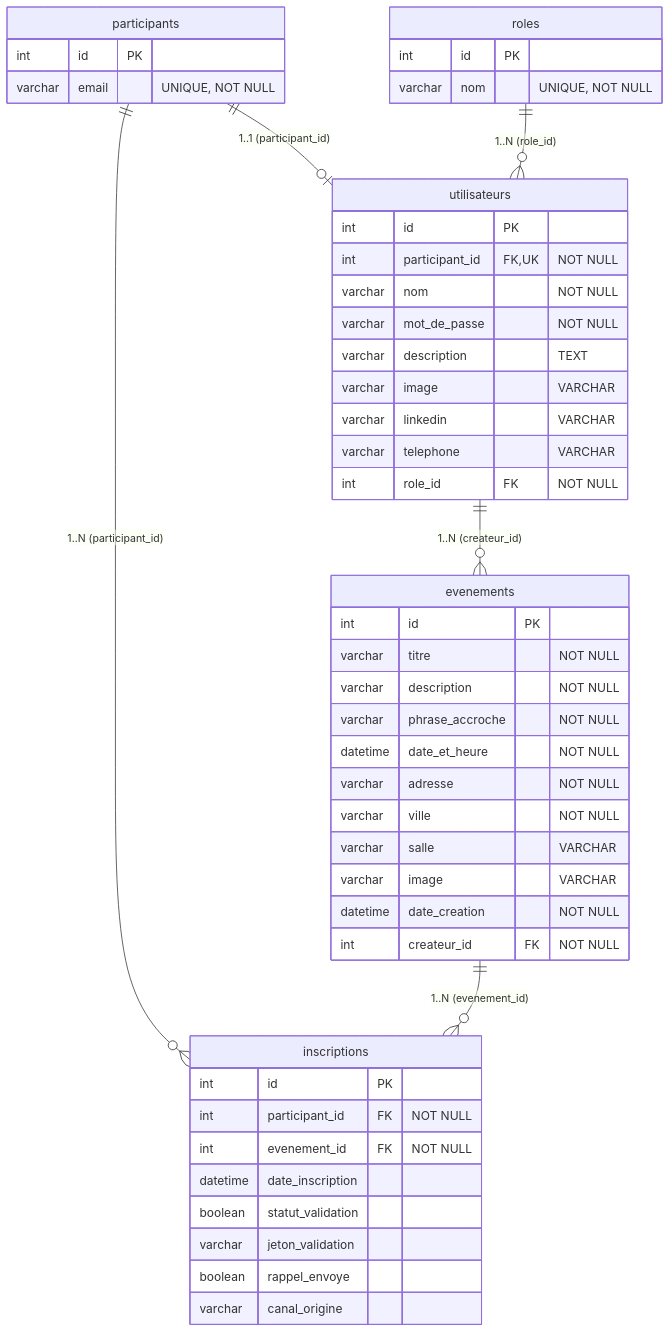
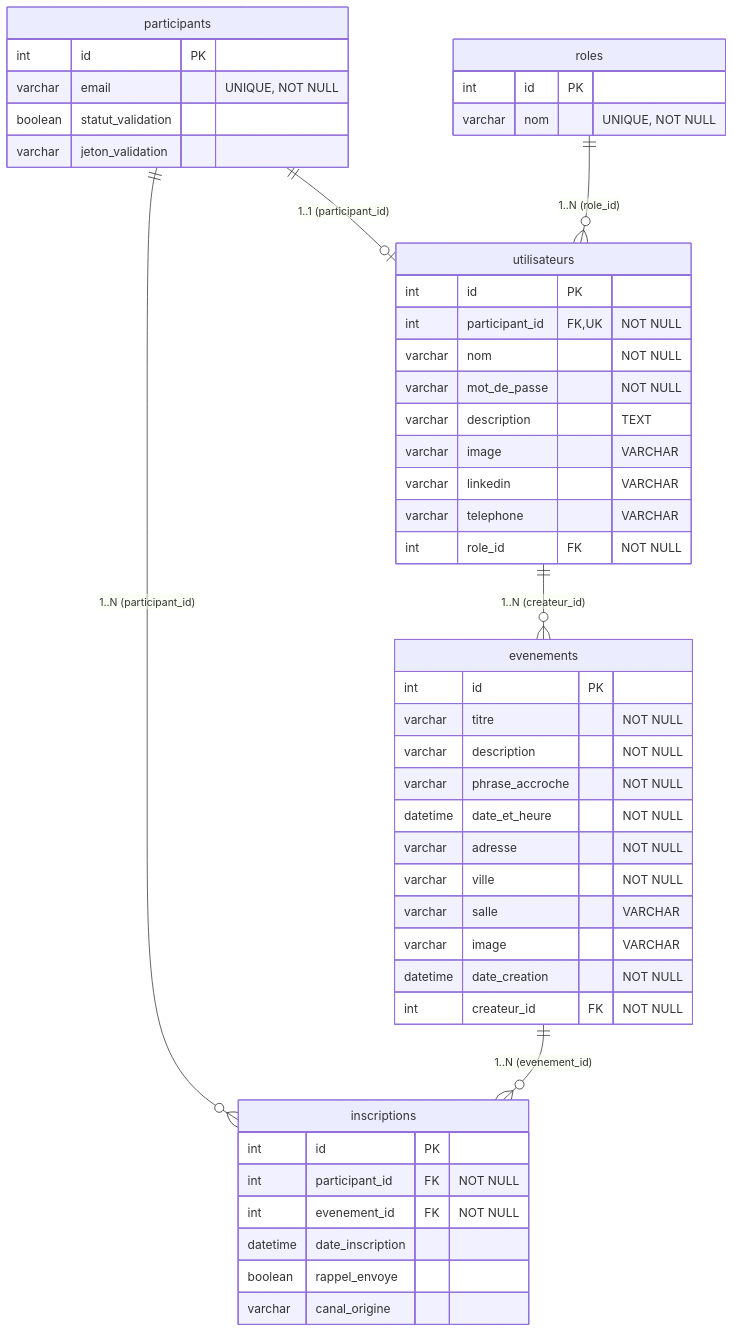
The diagram in diagrams/mld.mermaid (QuentinThuler/ProgServ2_Mikael-Juillet_Quentin-Thuler), drawn with Mermaid before and after one commit. The commit also changed other lines of this file and 3 other files, not shown here.

Commit message:
Update diagrams and remove old

```diff
--- a/diagrams/mld.mermaid
+++ b/diagrams/mld.mermaid
@@ -1,49 +1,49 @@
 erDiagram
     roles {
         int id PK
         varchar nom "UNIQUE, NOT NULL"
     }
     participants {
         int id PK
         varchar email "UNIQUE, NOT NULL"
+        boolean statut_validation
+        varchar jeton_validation
     }
     utilisateurs {
         int id PK
         int participant_id FK, UK "NOT NULL"
         varchar nom "NOT NULL"
         varchar mot_de_passe "NOT NULL"
         varchar description "TEXT"
         varchar image "VARCHAR"
         varchar linkedin "VARCHAR"
         varchar telephone "VARCHAR"
         int role_id FK "NOT NULL"
     }
     evenements {
         int id PK
         varchar titre "NOT NULL"
         varchar description "NOT NULL"
         varchar phrase_accroche "NOT NULL"
         datetime date_et_heure "NOT NULL"
         varchar adresse "NOT NULL"
         varchar ville "NOT NULL"
         varchar salle "VARCHAR"
         varchar image "VARCHAR"
         datetime date_creation "NOT NULL"
         int createur_id FK "NOT NULL"
     }
     inscriptions {
         int id PK
         int participant_id FK "NOT NULL"
         int evenement_id FK "NOT NULL"
         datetime date_inscription
-        boolean statut_validation
-        varchar jeton_validation
         boolean rappel_envoye
         varchar canal_origine
     }
 
     participants ||--o| utilisateurs : "1..1 (participant_id)"
     roles ||--o{ utilisateurs : "1..N (role_id)"
     utilisateurs ||--o{ evenements : "1..N (createur_id)"
     participants ||--o{ inscriptions : "1..N (participant_id)"
     evenements ||--o{ inscriptions : "1..N (evenement_id)"
```
